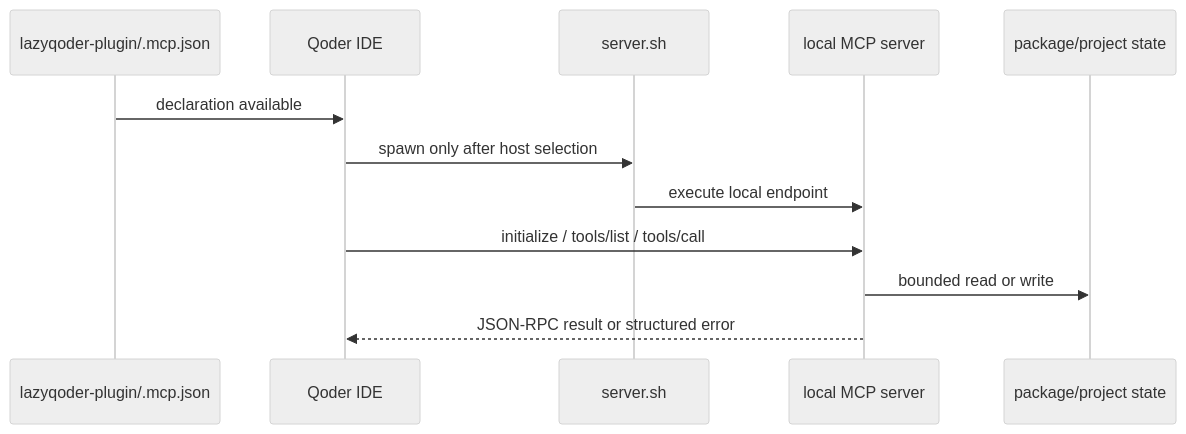
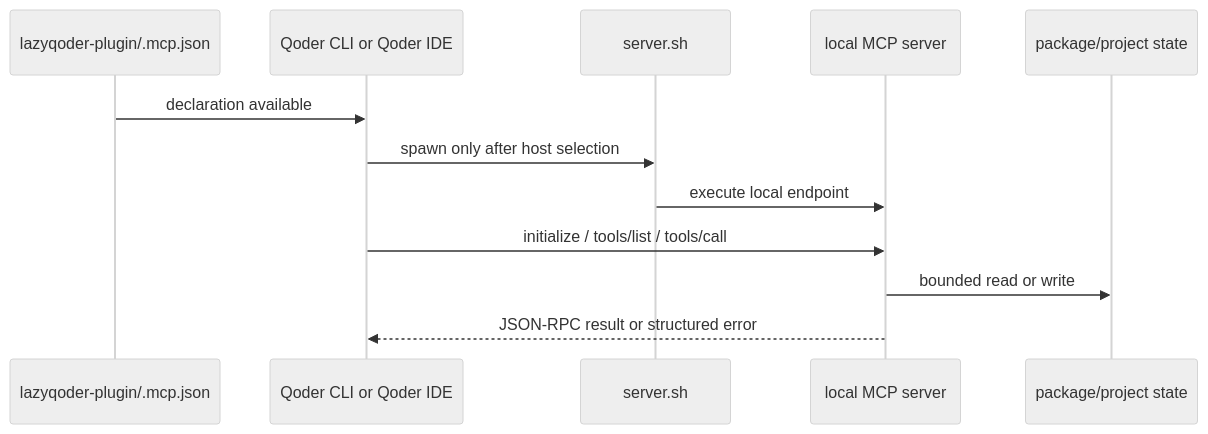
Before and after one commit to elvinzhao10/LazyQoder: the diagram in docs/07b-mcp-lifecycle.md, drawn with Mermaid (neutral theme). The commit also changed other lines of this file and 99 other files, not shown here.

````diff
--- a/docs/07b-mcp-lifecycle.md
+++ b/docs/07b-mcp-lifecycle.md
@@ -5,14 +5,14 @@
 ```mermaid
 sequenceDiagram
     participant Package as lazyqoder-plugin/.mcp.json
-    participant Host as Qoder IDE
+    participant Host as Qoder CLI or Qoder IDE
     participant Launcher as server.sh
     participant Server as local MCP server
     participant State as package/project state
     Package->>Host: declaration available
     Host->>Launcher: spawn only after host selection
     Launcher->>Server: execute local endpoint
     Host->>Server: initialize / tools/list / tools/call
     Server->>State: bounded read or write
     Server-->>Host: JSON-RPC result or structured error
 ```
````
